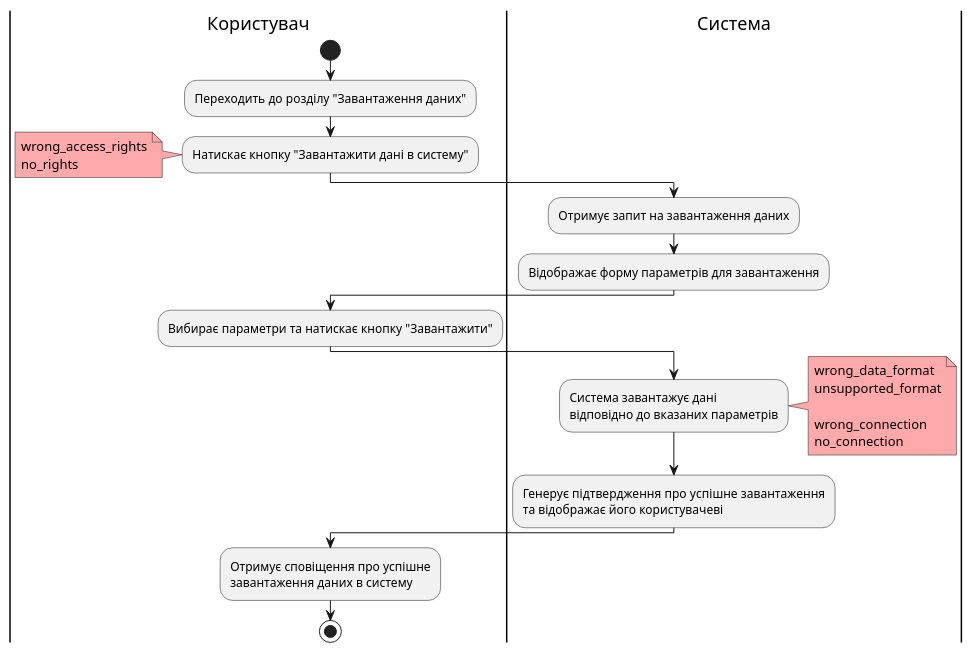
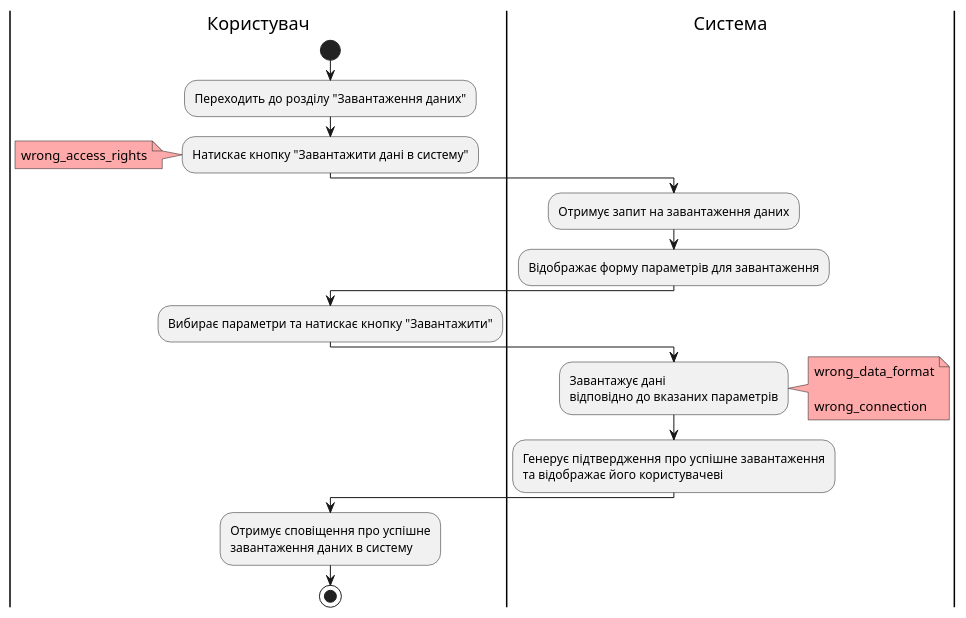
The second of 2 diagrams in docs/use cases/README.md (nonGratis/retarder-io-23-3), drawn with PlantUML before and after one commit.

Commit message:
The coding of errors in the UML diagram "Loading data into the system" has been changed

````diff
--- a/docs/use cases/README.md
+++ b/docs/use cases/README.md
@@ -125,30 +125,27 @@
 ```plantuml
 @startuml
 |Користувач| 
     start
     :Переходить до розділу "Завантаження даних";
     :Натискає кнопку "Завантажити дані в систему";
     note left #ffaaaa
     wrong_access_rights
-    no_rights
 end note
 |Система|
     :Отримує запит на завантаження даних;
     :Відображає форму параметрів для завантаження;
 |Користувач| 
     :Вибирає параметри та натискає кнопку "Завантажити";
 |Система| 
-    :Система завантажує дані\nвідповідно до вказаних параметрів;
+    :Завантажує дані\nвідповідно до вказаних параметрів;
     note right #ffaaaa
     wrong_data_format
-    unsupported_format
 
     wrong_connection
-    no_connection
 end note
     :Генерує підтвердження про успішне завантаження\nта відображає його користувачеві;
 |Користувач| 
     :Отримує сповіщення про успішне\nзавантаження даних в систему;
     stop
 @enduml
 ```
````
